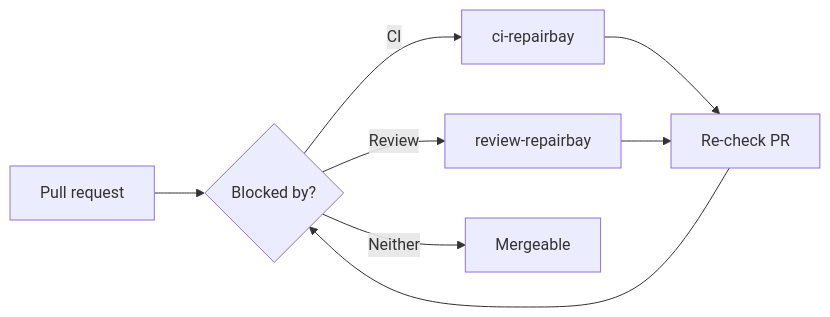
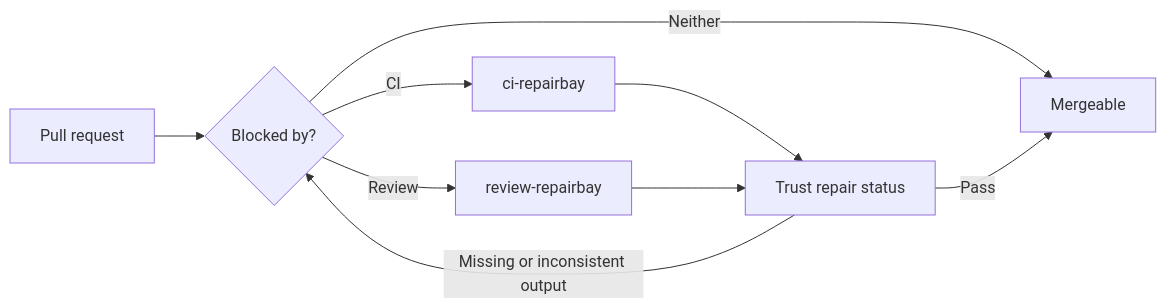
One commit to HenryQW/skills changed the fifth of 5 diagrams in README.md. Above: the diagram before and after it, drawn with Mermaid. The commit also changed other lines of this file and 4 other files, not shown here.

````diff
--- a/README.md
+++ b/README.md
@@ -145,10 +145,11 @@
 ```mermaid
 flowchart LR
   pr["Pull request"] --> check{"Blocked by?"}
   check -->|CI| ci_repair["ci-repairbay"]
   check -->|Review| review_repair["review-repairbay"]
   check -->|Neither| clean["Mergeable"]
-  ci_repair --> verify["Re-check PR"]
-  review_repair --> verify
-  verify --> check
+  ci_repair --> result["Trust repair status"]
+  review_repair --> result
+  result -->|Pass| clean
+  result -->|Missing or inconsistent output| check
 ```
````
